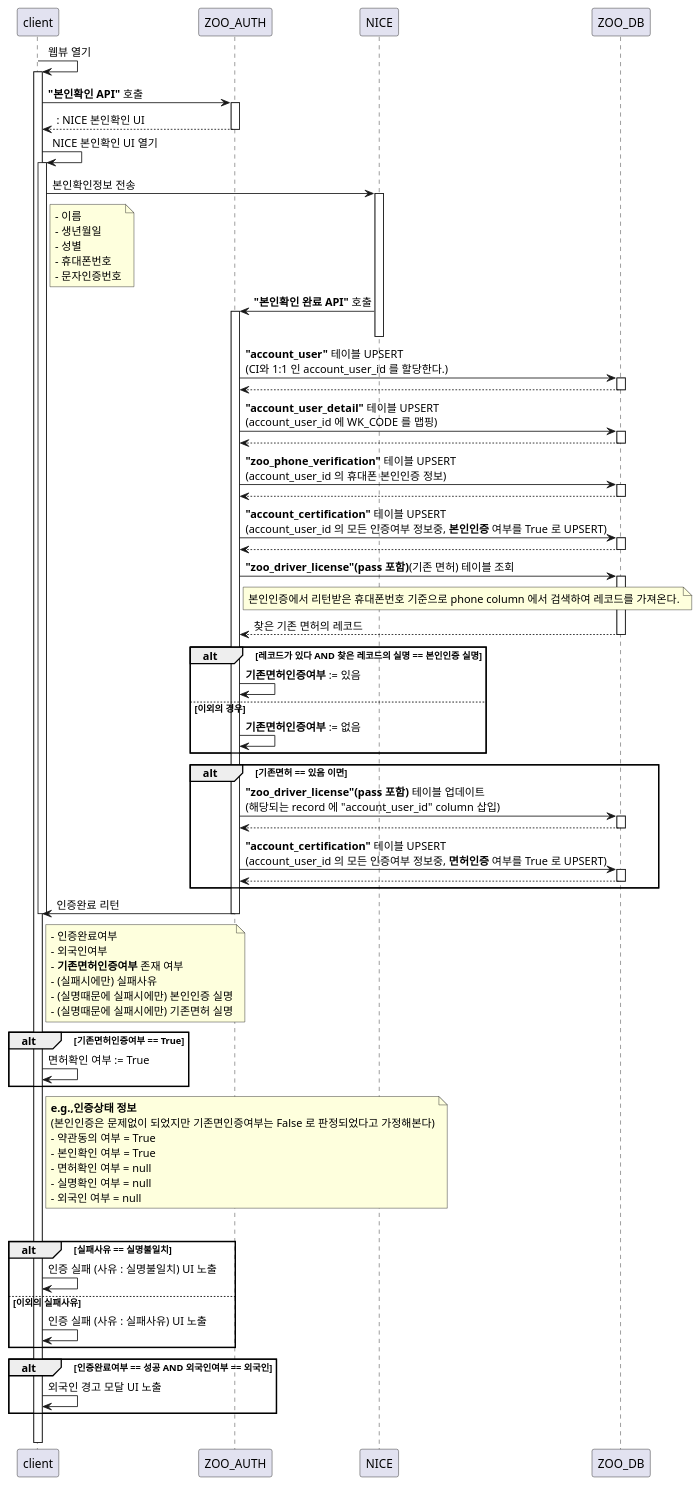
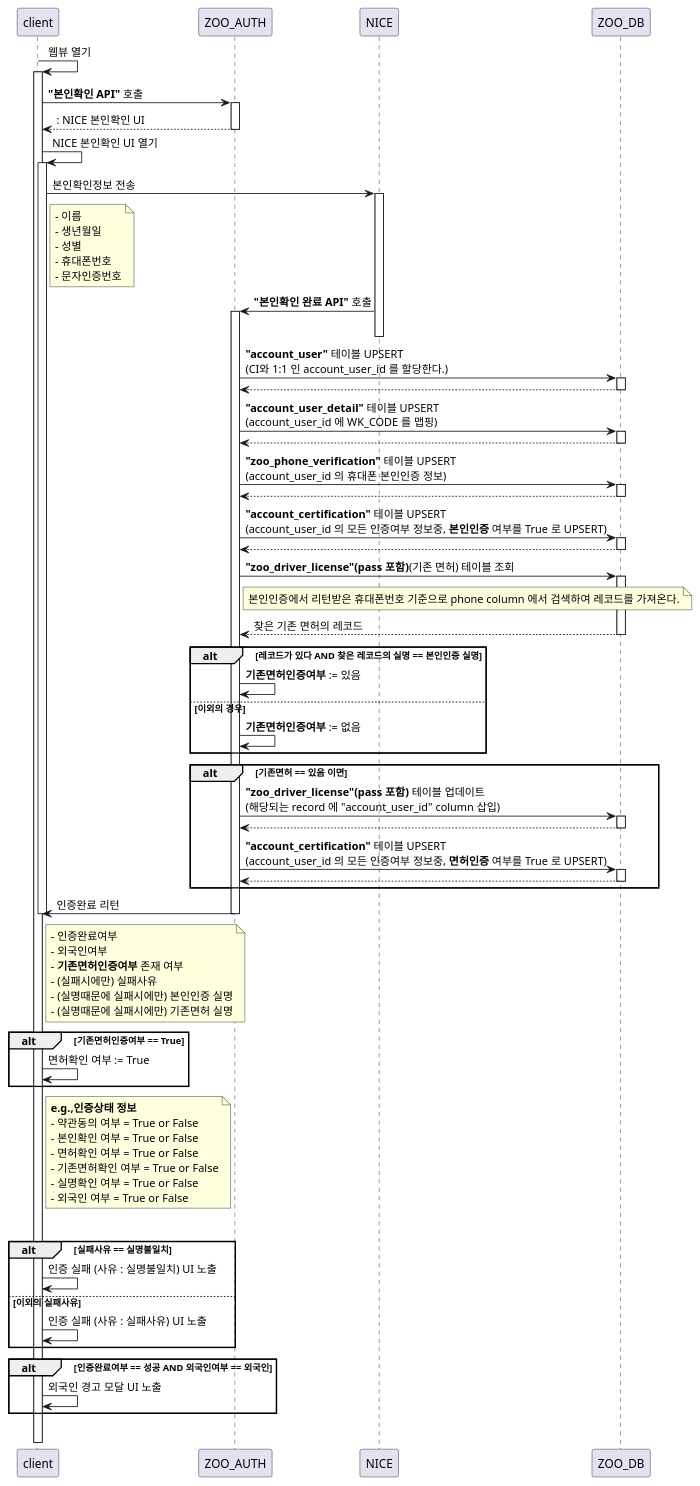
One commit to junhoo-barogo/junhoo-barogo.github.io changed the diagram in uml/rider_certify/self-authentification.puml. Above: the diagram before and after it, drawn with PlantUML. The commit also changed 5 other files, not shown here.

```diff
--- a/uml/rider_certify/self-authentification.puml
+++ b/uml/rider_certify/self-authentification.puml
@@ -1,81 +1,81 @@
 
 client -> client++ : 웹뷰 열기
 client -> ZOO_AUTH++ : **"본인확인 API"** 호출
 return : NICE 본인확인 UI
 client -> client++ : NICE 본인확인 UI 열기
 client -> NICE++ : 본인확인정보 전송
 note right of client
     - 이름
     - 생년월일
     - 성별
     - 휴대폰번호 
     - 문자인증번호
 end note
 NICE -> ZOO_AUTH++ : **"본인확인 완료 API"** 호출
 deactivate NICE
 ZOO_AUTH -> ZOO_DB++ : **"account_user"** 테이블 UPSERT\n(CI와 1:1 인 account_user_id 를 할당한다.)
 return
 ZOO_AUTH -> ZOO_DB++ : **"account_user_detail"** 테이블 UPSERT\n(account_user_id 에 WK_CODE 를 맵핑)
 return
 ZOO_AUTH -> ZOO_DB++ : **"zoo_phone_verification"** 테이블 UPSERT\n(account_user_id 의 휴대폰 본인인증 정보)
 return
 ZOO_AUTH -> ZOO_DB++ : **"account_certification"** 테이블 UPSERT\n(account_user_id 의 모든 인증여부 정보중, **본인인증** 여부를 True 로 UPSERT)
 return
 ZOO_AUTH -> ZOO_DB++ : **"zoo_driver_license"(pass 포함)**(기존 면허) 테이블 조회
 note right of ZOO_AUTH
     본인인증에서 리턴받은 휴대폰번호 기준으로 phone column 에서 검색하여 레코드를 가져온다.
 end note
 return 찾은 기존 면허의 레코드
 
 alt 레코드가 있다 AND 찾은 레코드의 실명 == 본인인증 실명
     ZOO_AUTH -> ZOO_AUTH : **기존면허인증여부** := 있음
 else 이외의 경우
     ZOO_AUTH -> ZOO_AUTH : **기존면허인증여부** := 없음
 end
 
 alt 기존면허 == 있음 이면
     ZOO_AUTH -> ZOO_DB++ : **"zoo_driver_license"(pass 포함)** 테이블 업데이트\n(해당되는 record 에 "account_user_id" column 삽입)
     return
     ZOO_AUTH -> ZOO_DB++ : **"account_certification"** 테이블 UPSERT\n(account_user_id 의 모든 인증여부 정보중, **면허인증** 여부를 True 로 UPSERT)
     return
 end
 
 ZOO_AUTH -> client : 인증완료 리턴
 deactivate ZOO_AUTH
 deactivate client
 
 note right of client 
     - 인증완료여부
     - 외국인여부
     - **기존면허인증여부** 존재 여부
     - (실패시에만) 실패사유
     - (실명때문에 실패시에만) 본인인증 실명
     - (실명때문에 실패시에만) 기존면허 실명
 end note
 
 alt 기존면허인증여부 == True
     client -> client : 면허확인 여부 := True
 end
 
 note right of client
-    **e.g.,인증상태 정보** 
-    (본인인증은 문제없이 되었지만 기존면인증여부는 False 로 판정되었다고 가정해본다)
-    - 약관동의 여부 = True
-    - 본인확인 여부 = True
-    - 면허확인 여부 = null
-    - 실명확인 여부 = null
-    - 외국인 여부 = null
+    **e.g.,인증상태 정보**
+    - 약관동의 여부 = True or False
+    - 본인확인 여부 = True or False
+    - 면허확인 여부 = True or False
+    - 기존면허확인 여부 = True or False
+    - 실명확인 여부 = True or False
+    - 외국인 여부 = True or False
 end note
 
 alt 인증완료여부 == 실패
     alt 실패사유 == 실명불일치
         client -> client : 인증 실패 (사유 : 실명불일치) UI 노출
     else 이외의 실패사유
         client -> client : 인증 실패 (사유 : 실패사유) UI 노출
 end
 
 alt 인증완료여부 == 성공 AND 외국인여부 == 외국인
     client -> client : 외국인 경고 모달 UI 노출
 end
 
 alt 
```
